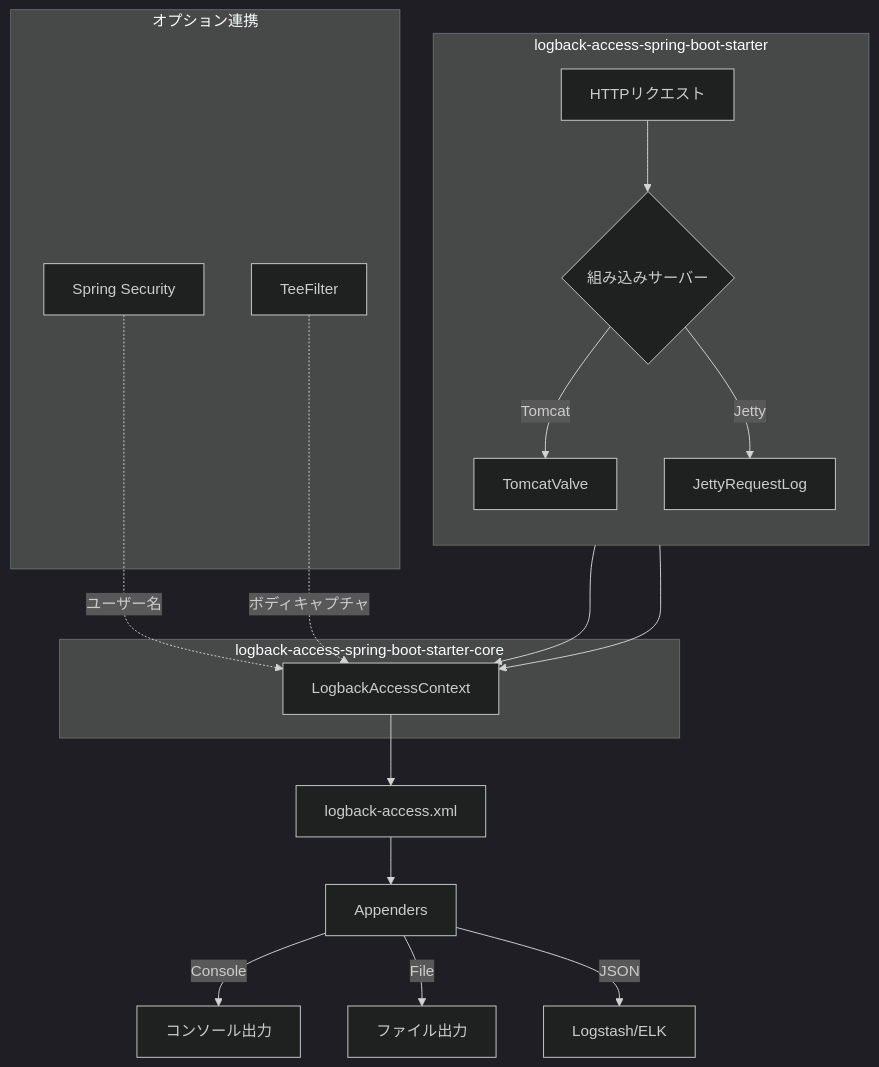
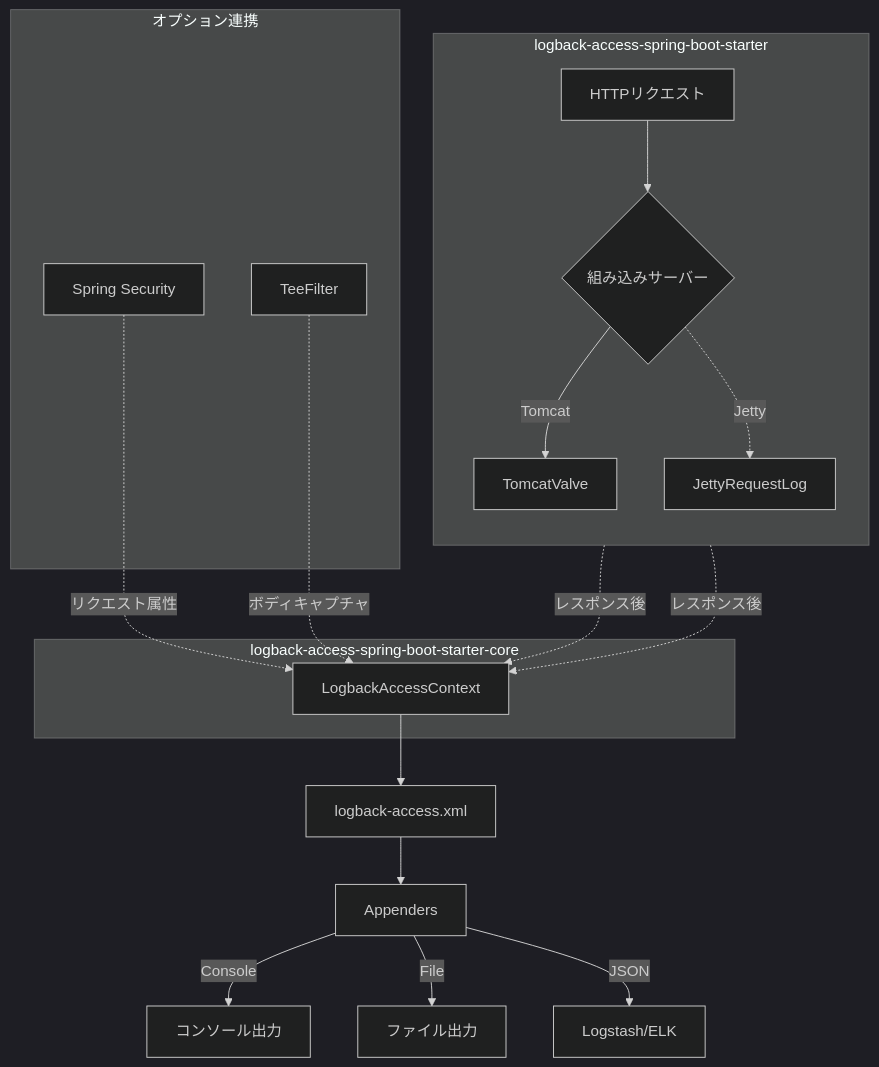
One commit to seijikohara/logback-access-spring-boot-starter changed the diagram in docs/ja/index.md. Above: the diagram before and after it, drawn with Mermaid (dark theme). The commit also changed other lines of this file and 45 other files, not shown here.

````diff
--- a/docs/ja/index.md
+++ b/docs/ja/index.md
@@ -44,26 +44,26 @@
 ```mermaid
 flowchart TB
     subgraph starter["logback-access-spring-boot-starter"]
         direction TB
         A[HTTPリクエスト] --> B{組み込みサーバー}
         B -->|Tomcat| C[TomcatValve]
-        B -->|Jetty| D[JettyRequestLog]
+        B -.->|Jetty| D[JettyRequestLog]
     end
 
     subgraph core["logback-access-spring-boot-starter-core"]
         E[LogbackAccessContext]
     end
 
-    C --> E
-    D --> E
+    C -.->|レスポンス後| E
+    D -.->|レスポンス後| E
     E --> F[logback-access.xml]
     F --> G[Appenders]
     G -->|Console| H[コンソール出力]
     G -->|File| I[ファイル出力]
     G -->|JSON| J[Logstash/ELK]
 
     subgraph optional["オプション連携"]
-        K[Spring Security] -.->|ユーザー名| E
+        K[Spring Security] -.->|リクエスト属性| E
         L[TeeFilter] -.->|ボディキャプチャ| E
     end
 ```
````
